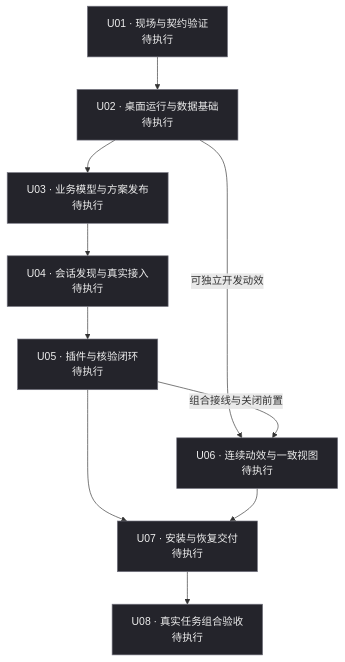
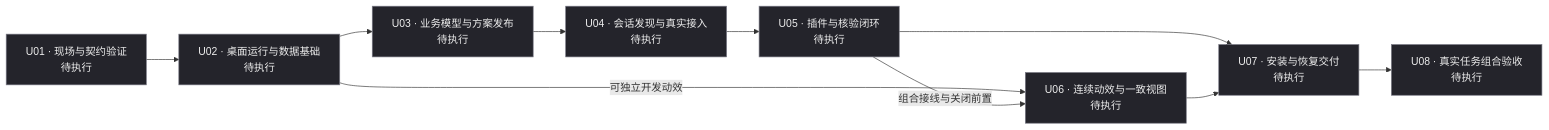
Before and after one commit to WuwuZhang0019/Codex-task-monitoring: the diagram in docs/03_桌面工作台与Codex连接/02_台账/01_手动试跑主台账_2026-11-09.md, drawn with Mermaid.

Commit message:
docs: 将台账站点流程图改为横向排列

````diff
--- a/docs/03_桌面工作台与Codex连接/02_台账/01_手动试跑主台账_2026-11-09.md
+++ b/docs/03_桌面工作台与Codex连接/02_台账/01_手动试跑主台账_2026-11-09.md
@@ -32,24 +32,24 @@
 ```mermaid
-flowchart TD
+flowchart LR
     U01["U01 · 现场与契约验证<br/>待执行"]
     U02["U02 · 桌面运行与数据基础<br/>待执行"]
     U03["U03 · 业务模型与方案发布<br/>待执行"]
     U04["U04 · 会话发现与真实接入<br/>待执行"]
     U05["U05 · 插件与核验闭环<br/>待执行"]
     U06["U06 · 连续动效与一致视图<br/>待执行"]
     U07["U07 · 安装与恢复交付<br/>待执行"]
     U08["U08 · 真实任务组合验收<br/>待执行"]
 
     U01 --> U02
     U02 --> U03
     U03 --> U04
     U04 --> U05
     U02 -->|可独立开发动效| U06
     U05 -->|组合接线与关闭前置| U06
     U05 --> U07
     U06 --> U07
     U07 --> U08
 
     classDef pending fill:#24242b,stroke:#777783,color:#eeeeee;
     class U01,U02,U03,U04,U05,U06,U07,U08 pending;
 ```
````
